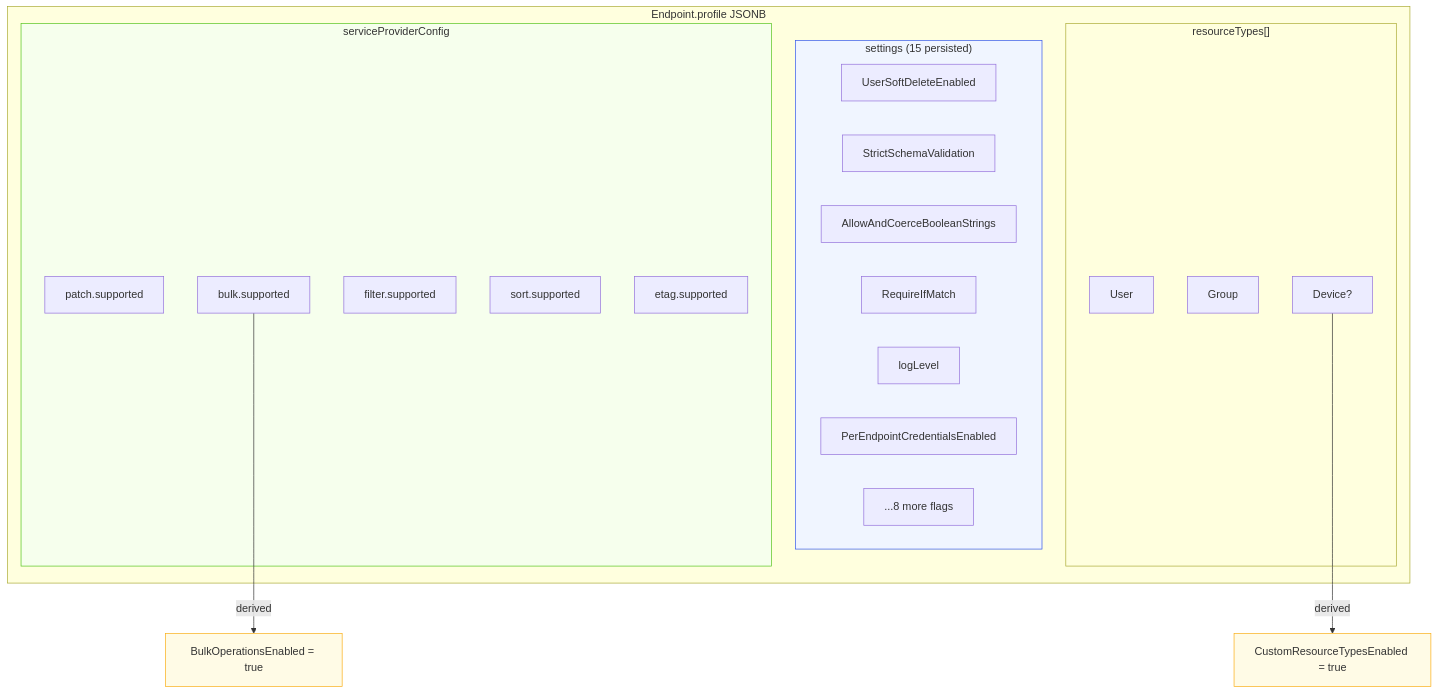
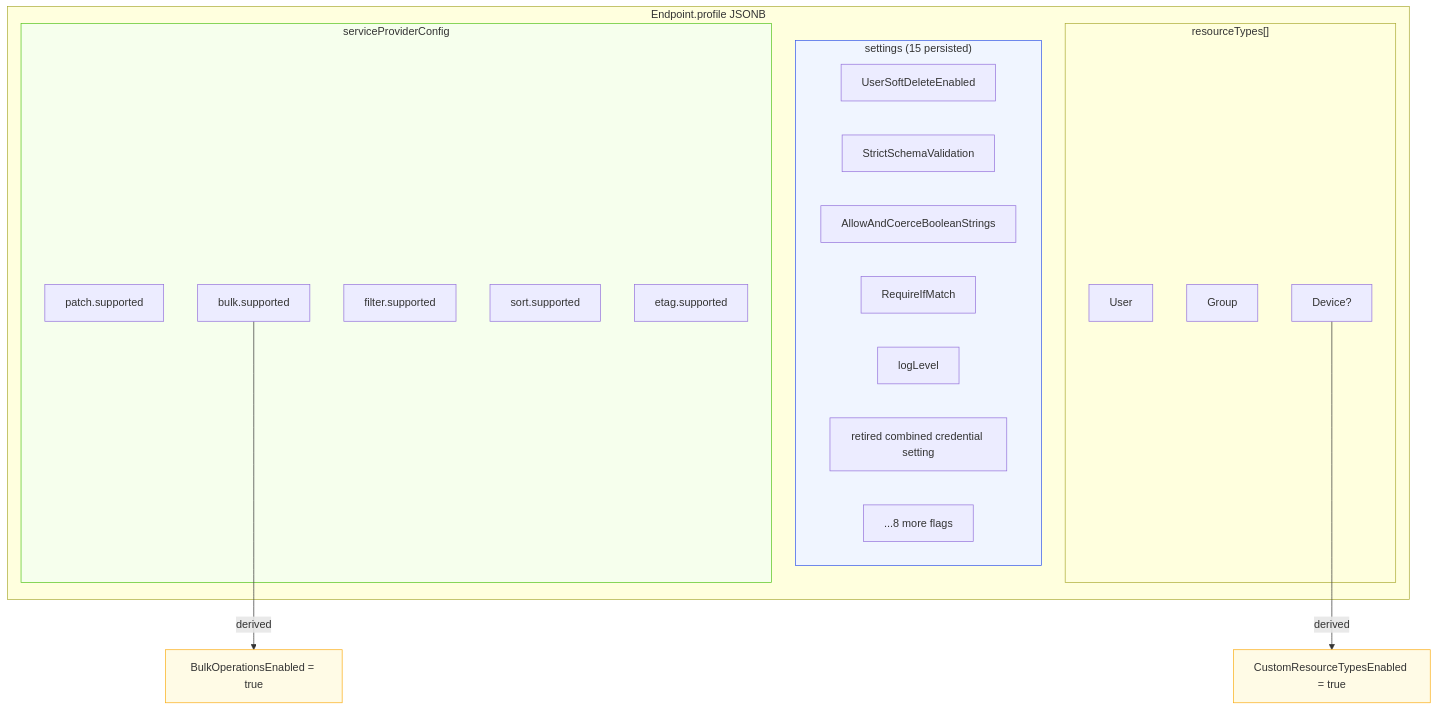
One commit to pranems/SCIMServer changed diagram 15 of 20 in docs/SCHEMA_TEMPLATES_DESIGN.md. Above: the diagram before and after it, drawn with Mermaid. The commit also changed other lines of this file and 113 other files, not shown here.

Commit message:
feat: retire combined endpoint credential setting

````diff
--- a/docs/SCHEMA_TEMPLATES_DESIGN.md
+++ b/docs/SCHEMA_TEMPLATES_DESIGN.md
@@ -1296,34 +1296,34 @@
 ```mermaid
 flowchart TB
     subgraph ProfileJSONB["Endpoint.profile JSONB"]
         subgraph SPC["serviceProviderConfig"]
             PATCH_CAP["patch.supported"]
             BULK_CAP["bulk.supported"]
             FILTER_CAP["filter.supported"]
             SORT_CAP["sort.supported"]
             ETAG_CAP["etag.supported"]
         end
         subgraph Settings["settings (15 persisted)"]
             SD["UserSoftDeleteEnabled"]
             SSV["StrictSchemaValidation"]
             ABC["AllowAndCoerceBooleanStrings"]
             RIM["RequireIfMatch"]
             LL["logLevel"]
-            PEC["PerEndpointCredentialsEnabled"]
+            PEC["retired combined credential setting"]
             OTHER["...8 more flags"]
         end
         subgraph RTypes["resourceTypes[]"]
             USER_RT["User"]
             GROUP_RT["Group"]
             CUSTOM_RT["Device?"]
         end
     end
 
     BULK_CAP -->|"derived"| BULK_ENABLED["BulkOperationsEnabled = true"]
     CUSTOM_RT -->|"derived"| CRT_ENABLED["CustomResourceTypesEnabled = true"]
 
     style BULK_ENABLED fill:#fffbe6,stroke:#faad14
     style CRT_ENABLED fill:#fffbe6,stroke:#faad14
     style Settings fill:#f0f5ff,stroke:#2f54eb
     style SPC fill:#f6ffed,stroke:#52c41a
 ```
````
